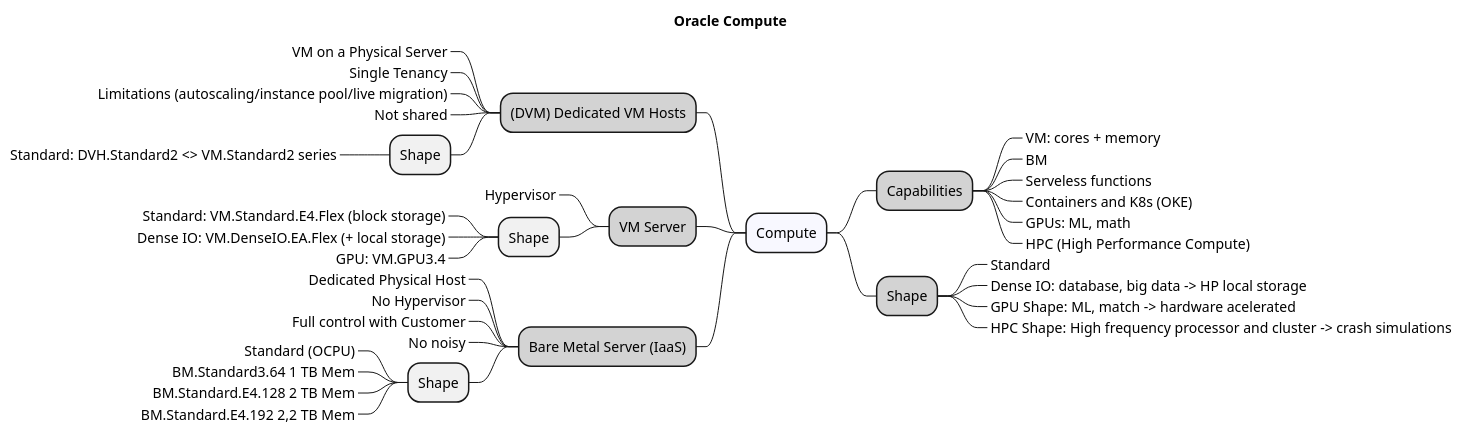
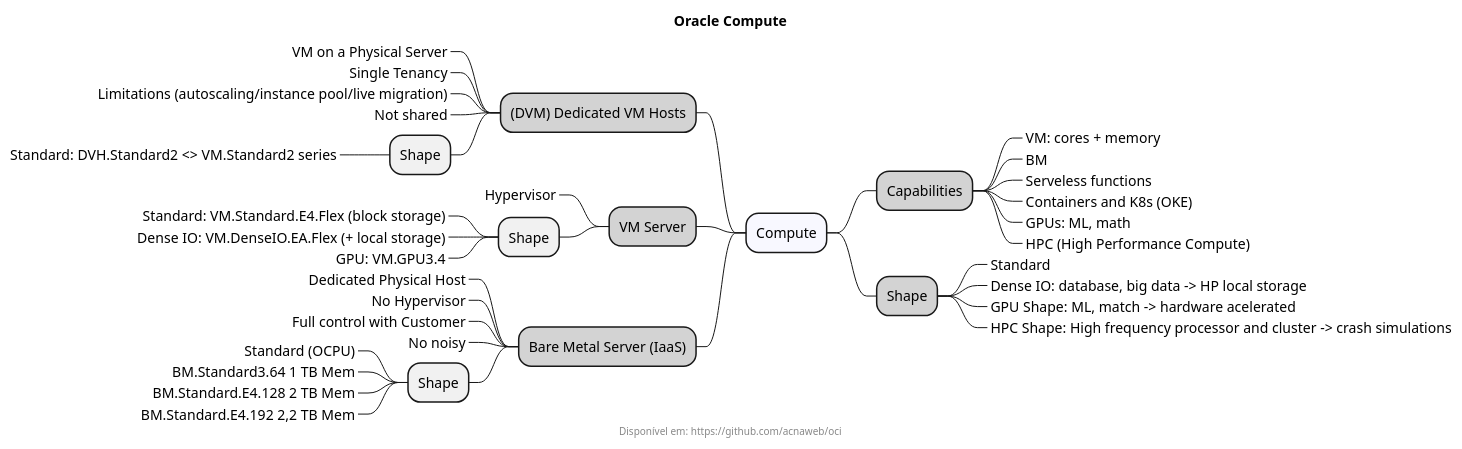
One commit to acnaweb/oci changed the diagram in docs/src/compute.wsd. Above: the diagram before and after it, drawn with PlantUML. The commit also changed 3 other files, not shown here.

```diff
--- a/docs/src/compute.wsd
+++ b/docs/src/compute.wsd
@@ -1,61 +1,61 @@
 @startmindmap
 
 Title "Oracle Compute"
+footer Disponível em: https://github.com/acnaweb/oci
 
 *[#F8F8FF]  Compute
 
 **[#LightGray] Capabilities
 
 ***_ VM: cores + memory
 ***_ BM
 ***_ Serveless functions
 ***_ Containers and K8s (OKE)
 ***_ GPUs: ML, math
 ***_ HPC (High Performance Compute)
 
 **[#LightGray] Shape
 
 ***_ Standard
 ***_ Dense IO: database, big data -> HP local storage
 ***_ GPU Shape: ML, match -> hardware acelerated
 ***_ HPC Shape: High frequency processor and cluster -> crash simulations
 
 left side
 
 **[#LightGray] (DVM) Dedicated VM Hosts
 
 ***_ VM on a Physical Server
 ***_ Single Tenancy
 ***_ Limitations (autoscaling/instance pool/live migration)
 ***_ Not shared
 
 *** Shape
 ****_ Standard: DVH.Standard2 <> VM.Standard2 series
 
 
 **[#LightGray] VM Server
 
 ***_ Hypervisor
 
 *** Shape
 ****_ Standard: VM.Standard.E4.Flex (block storage)
 ****_ Dense IO: VM.DenseIO.EA.Flex (+ local storage)
 ****_ GPU: VM.GPU3.4
 
 **[#LightGray] Bare Metal Server (IaaS)
 
 ***_ Dedicated Physical Host
 ***_ No Hypervisor
 ***_ Full control with Customer
 ***_ No noisy
 
 *** Shape
 ****_  Standard (OCPU)
 ****_ BM.Standard3.64 1 TB Mem
 ****_ BM.Standard.E4.128 2 TB Mem
 ****_ BM.Standard.E4.192 2,2 TB Mem
 
 
 
-
 @endmindmap
```
